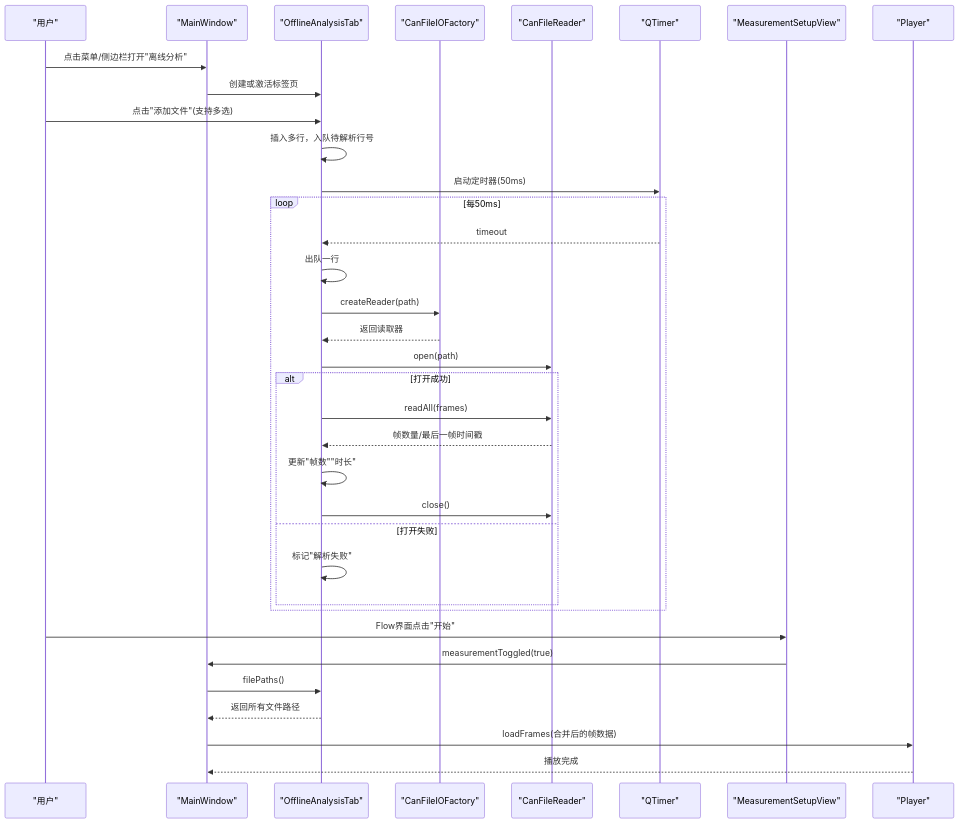
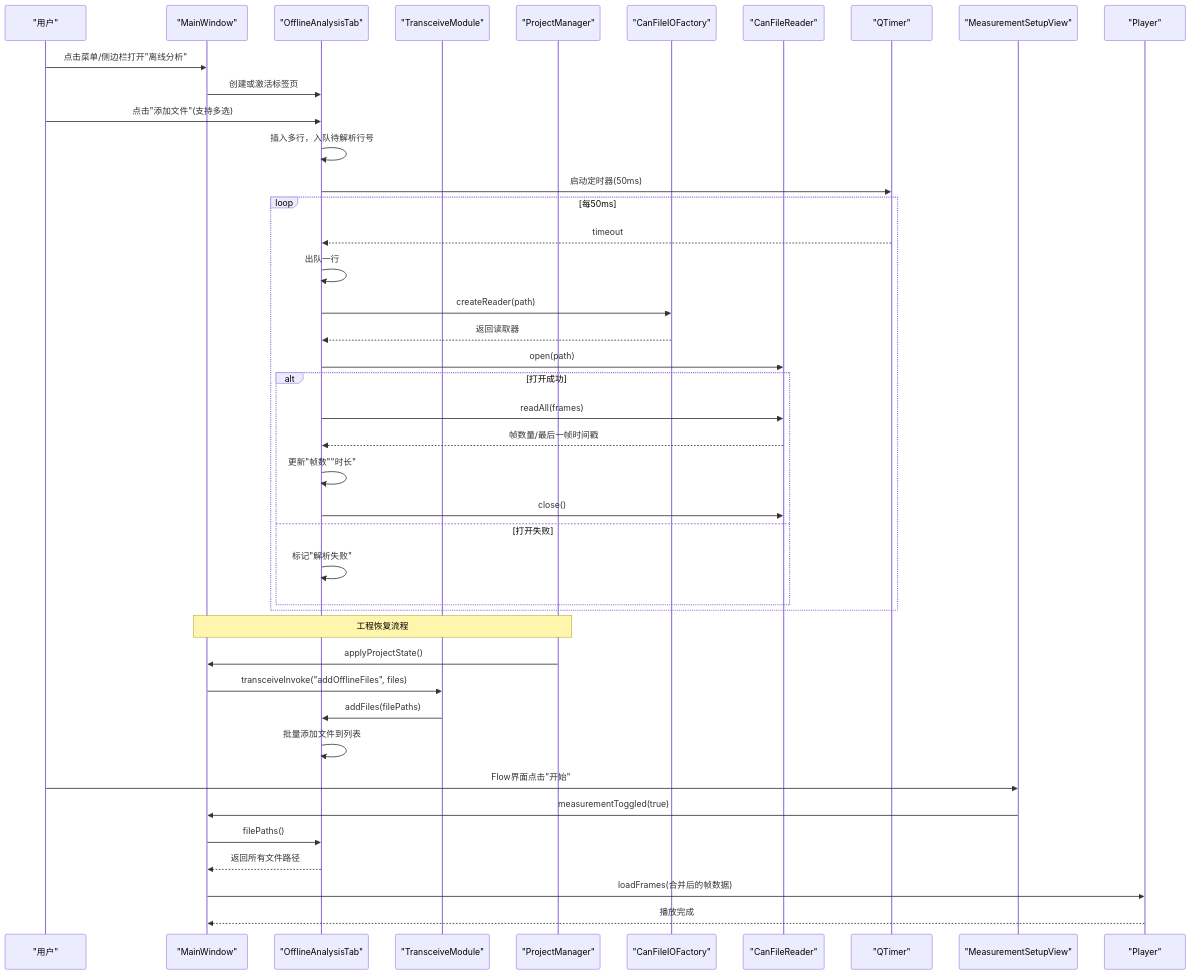
One commit to jakecai1225-design/OpenBus changed the second of 5 diagrams in .qoder/repowiki/zh/content/架构设计/UI系统设计/离线分析Tab组件.md. Above: the diagram before and after it, drawn with Mermaid. The commit also changed other lines of this file and 12 other files, not shown here.

Commit message:
graphic回放bug

````diff
--- a/.qoder/repowiki/zh/content/架构设计/UI系统设计/离线分析Tab组件.md
+++ b/.qoder/repowiki/zh/content/架构设计/UI系统设计/离线分析Tab组件.md
@@ -89,37 +101,44 @@
 ```mermaid
 sequenceDiagram
 participant U as "用户"
 participant M as "MainWindow"
 participant T as "OfflineAnalysisTab"
+participant TM as "TransceiveModule"
+participant PM as "ProjectManager"
 participant F as "CanFileIOFactory"
 participant R as "CanFileReader"
 participant Q as "QTimer"
 participant S as "MeasurementSetupView"
 participant P as "Player"
 U->>M : 点击菜单/侧边栏打开"离线分析"
 M->>T : 创建或激活标签页
 U->>T : 点击"添加文件"(支持多选)
 T->>T : 插入多行，入队待解析行号
 T->>Q : 启动定时器(50ms)
 loop 每50ms
 Q-->>T : timeout
 T->>T : 出队一行
 T->>F : createReader(path)
 F-->>T : 返回读取器
 T->>R : open(path)
 alt 打开成功
 T->>R : readAll(frames)
 R-->>T : 帧数量/最后一帧时间戳
 T->>T : 更新"帧数""时长"
 T->>R : close()
 else 打开失败
 T->>T : 标记"解析失败"
 end
 end
+Note over M,PM : 工程恢复流程
+PM->>M : applyProjectState()
+M->>TM : transceiveInvoke("addOfflineFiles", files)
+TM->>T : addFiles(filePaths)
+T->>T : 批量添加文件到列表
 U->>S : Flow界面点击"开始"
 S->>M : measurementToggled(true)
 M->>T : filePaths()
 T-->>M : 返回所有文件路径
 M->>P : loadFrames(合并后的帧数据)
 P-->>M : 播放完成
 ```
````
